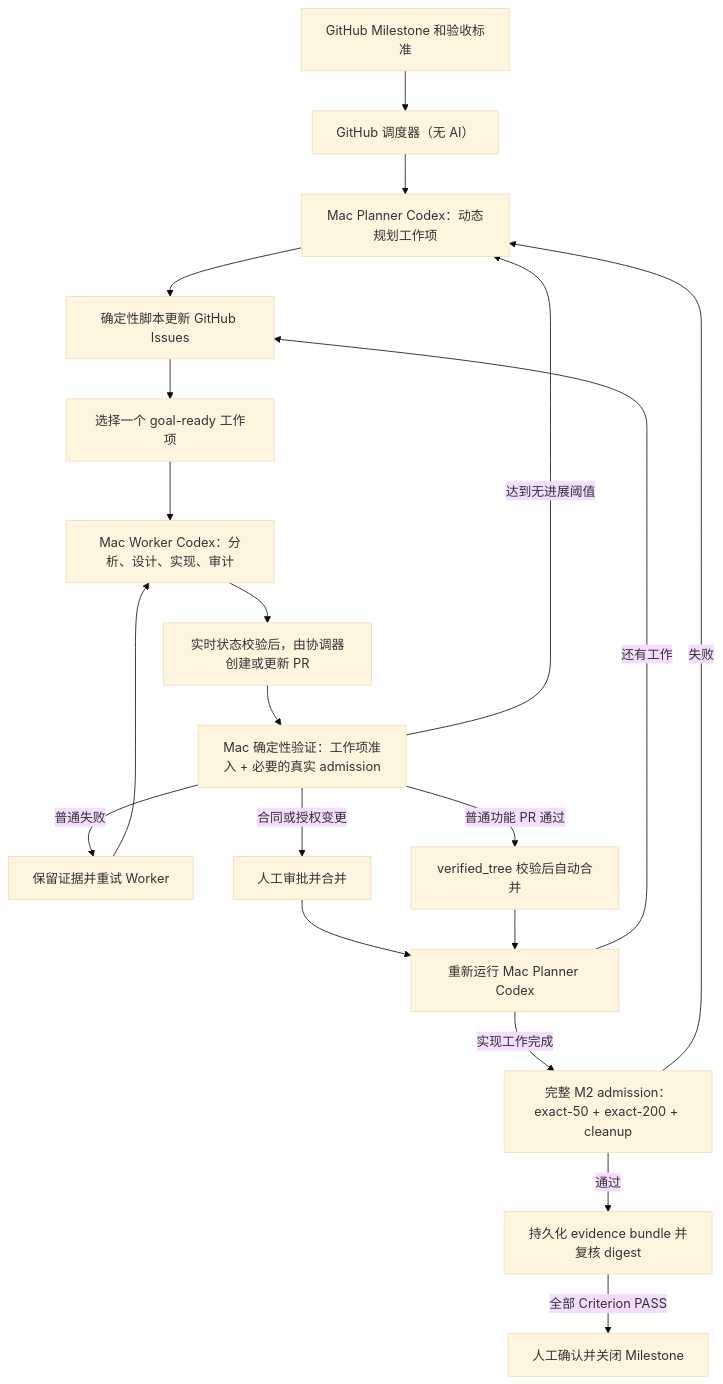
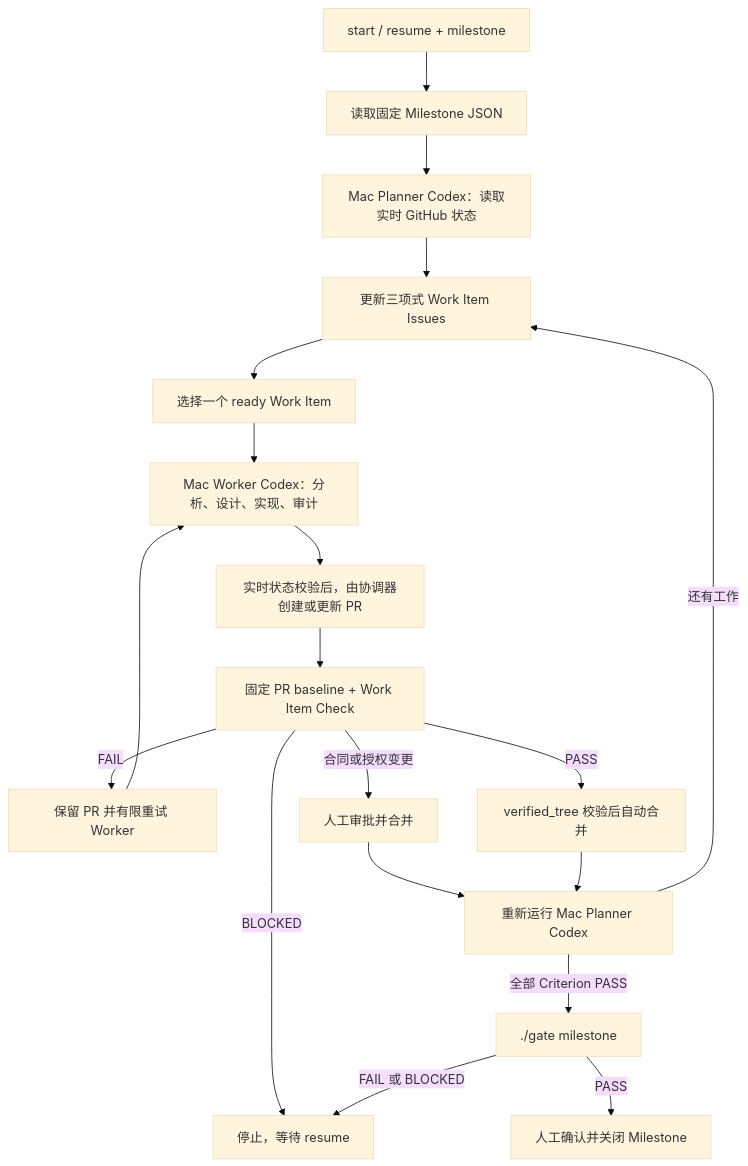
The diagram in miletone_loop/plan.md (ly989264/valkey-scale-lab), drawn with Mermaid (base theme) before and after one commit. The commit also changed other lines of this file, not shown here.

````diff
--- a/miletone_loop/plan.md
+++ b/miletone_loop/plan.md
@@ -331,22 +323,21 @@
 ```mermaid
 flowchart TD
-    A["GitHub Milestone 和验收标准"] --> B["GitHub 调度器（无 AI）"]
-    B --> C["Mac Planner Codex：动态规划工作项"]
-    C --> D["确定性脚本更新 GitHub Issues"]
-    D --> E["选择一个 goal-ready 工作项"]
+    A["start / resume + milestone"] --> B["读取固定 Milestone JSON"]
+    B --> C["Mac Planner Codex：读取实时 GitHub 状态"]
+    C --> D["更新三项式 Work Item Issues"]
+    D --> E["选择一个 ready Work Item"]
     E --> F["Mac Worker Codex：分析、设计、实现、审计"]
     F --> G["实时状态校验后，由协调器创建或更新 PR"]
-    G --> H["Mac 确定性验证：工作项准入 + 必要的真实 admission"]
-    H -->|普通失败| I["保留证据并重试 Worker"]
+    G --> H["固定 PR baseline + Work Item Check"]
+    H -->|FAIL| I["保留 PR 并有限重试 Worker"]
     I --> F
-    H -->|达到无进展阈值| C
-    H -->|普通功能 PR 通过| L["verified_tree 校验后自动合并"]
+    H -->|BLOCKED| Q["停止，等待 resume"]
+    H -->|PASS| L["verified_tree 校验后自动合并"]
     H -->|合同或授权变更| K["人工审批并合并"]
     K --> M["重新运行 Mac Planner Codex"]
     L --> M
     M -->|还有工作| D
-    M -->|实现工作完成| O["完整 M2 admission：exact-50 + exact-200 + cleanup"]
-    O -->|失败| C
-    O -->|通过| P["持久化 evidence bundle 并复核 digest"]
-    P -->|全部 Criterion PASS| N["人工确认并关闭 Milestone"]
+    M -->|全部 Criterion PASS| O["./gate milestone <milestone>"]
+    O -->|FAIL 或 BLOCKED| Q
+    O -->|PASS| N["人工确认并关闭 Milestone"]
 ```
````
